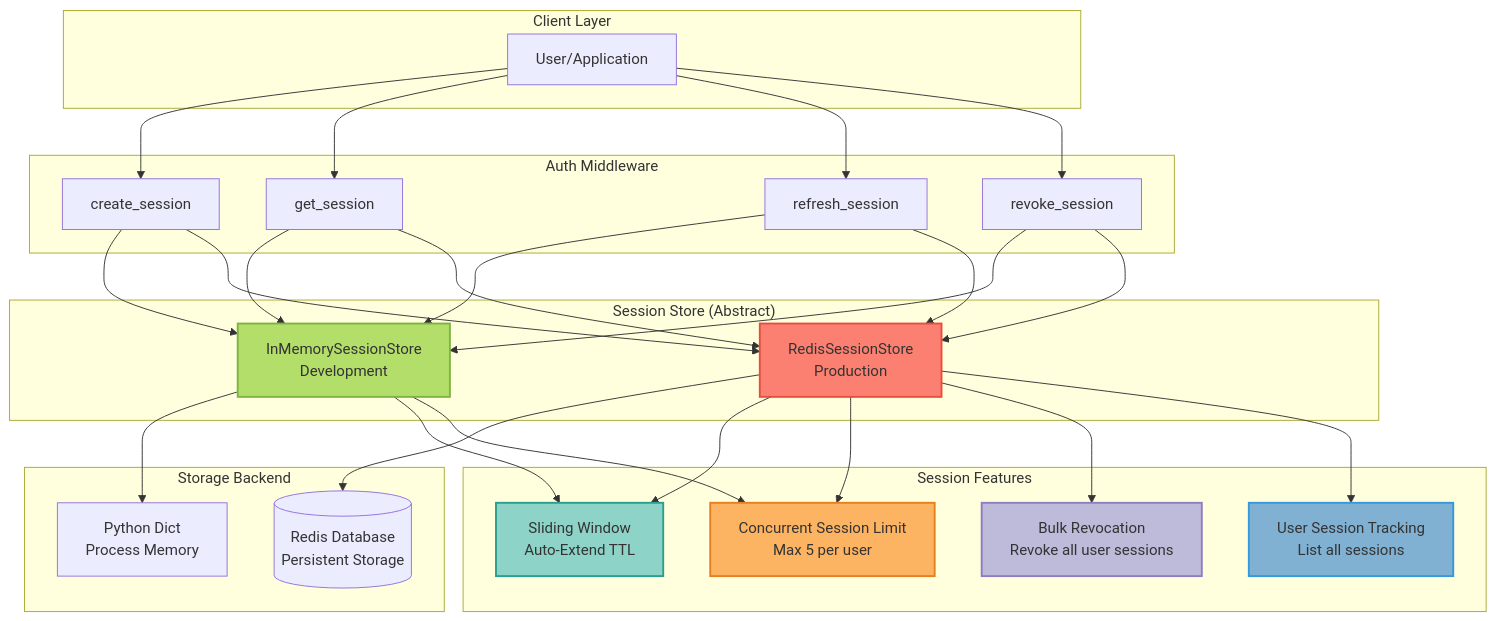
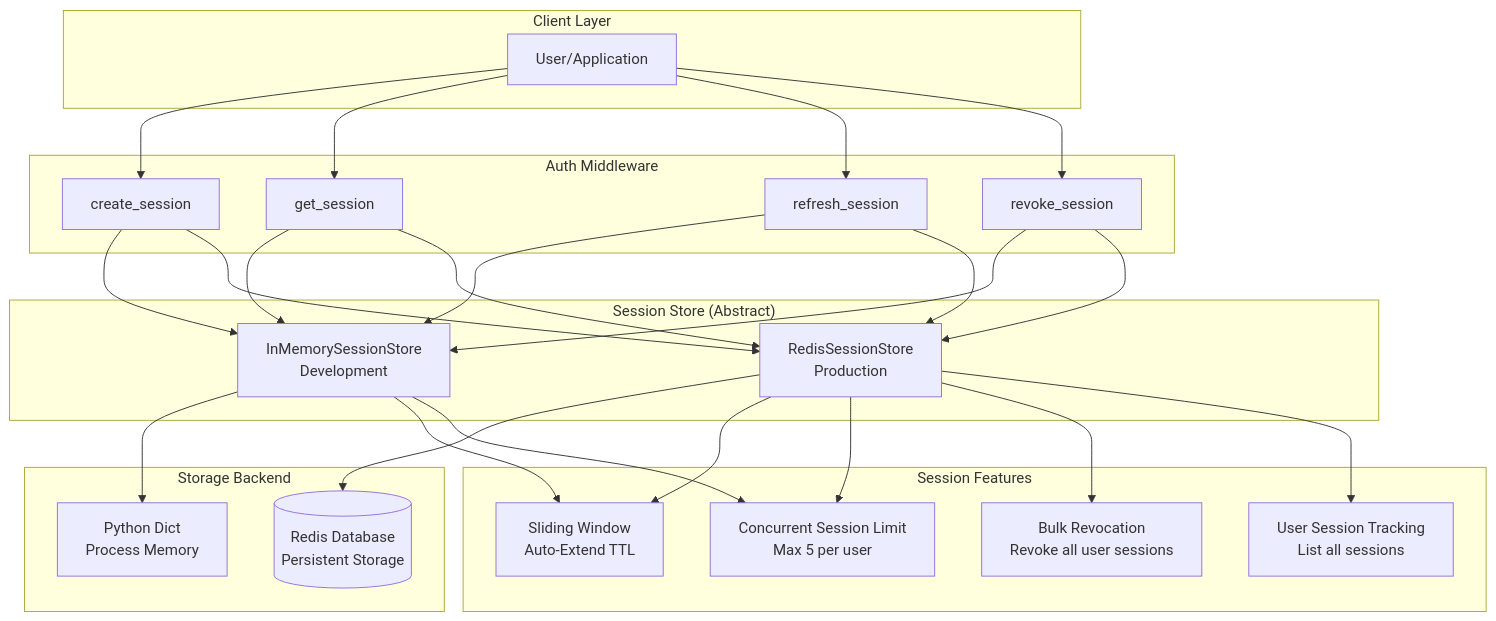
One commit to vishnu2kmohan/mcp-server-langgraph changed the eighth of 10 diagrams in docs/diagrams/system-architecture.mdx. Above: the diagram before and after it, drawn with Mermaid. The commit also changed other lines of this file and 11 other files, not shown here.

First line of the commit message:
docs: modernize Mermaid diagrams to follow 2025 best practices

````diff
--- a/docs/diagrams/system-architecture.mdx
+++ b/docs/diagrams/system-architecture.mdx
@@ -449,61 +426,55 @@
 ```mermaid
 flowchart TD
     subgraph Client_Layer["Client Layer"]
         User[User/Application]
     end
 
     subgraph Auth_Middleware["Auth Middleware"]
         CreateSession[create_session]
         GetSession[get_session]
         RefreshSession[refresh_session]
         RevokeSession[revoke_session]
     end
 
     subgraph Session_Store["Session Store (Abstract)"]
         InMemory[InMemorySessionStore<br/>Development]
         Redis[RedisSessionStore<br/>Production]
     end
 
     subgraph Storage_Backend["Storage Backend"]
         MemDict[Python Dict<br/>Process Memory]
         RedisDB[(Redis Database<br/>Persistent Storage)]
     end
 
     subgraph Features["Session Features"]
         Sliding[Sliding Window<br/>Auto-Extend TTL]
         ConcurrentLimit[Concurrent Session Limit<br/>Max 5 per user]
         BulkRevoke[Bulk Revocation<br/>Revoke all user sessions]
         Tracking[User Session Tracking<br/>List all sessions]
     end
 
     User --> CreateSession
     User --> GetSession
     User --> RefreshSession
     User --> RevokeSession
 
     CreateSession --> InMemory
     CreateSession --> Redis
     GetSession --> InMemory
     GetSession --> Redis
     RefreshSession --> InMemory
     RefreshSession --> Redis
     RevokeSession --> InMemory
     RevokeSession --> Redis
 
     InMemory --> MemDict
     Redis --> RedisDB
 
     InMemory --> Sliding
     InMemory --> ConcurrentLimit
     Redis --> Sliding
     Redis --> ConcurrentLimit
     Redis --> BulkRevoke
     Redis --> Tracking
 
-    style InMemory fill:#b3de69,stroke:#7cb342,stroke-width:2px,color:#333
-    style Redis fill:#fb8072,stroke:#e74c3c,stroke-width:2px,color:#333
-    style Sliding fill:#8dd3c7,stroke:#2a9d8f,stroke-width:2px,color:#333
-    style ConcurrentLimit fill:#fdb462,stroke:#e67e22,stroke-width:2px,color:#333
-    style BulkRevoke fill:#bebada,stroke:#8e7cc3,stroke-width:2px,color:#333
-    style Tracking fill:#80b1d3,stroke:#3498db,stroke-width:2px,color:#333
 ```
````
